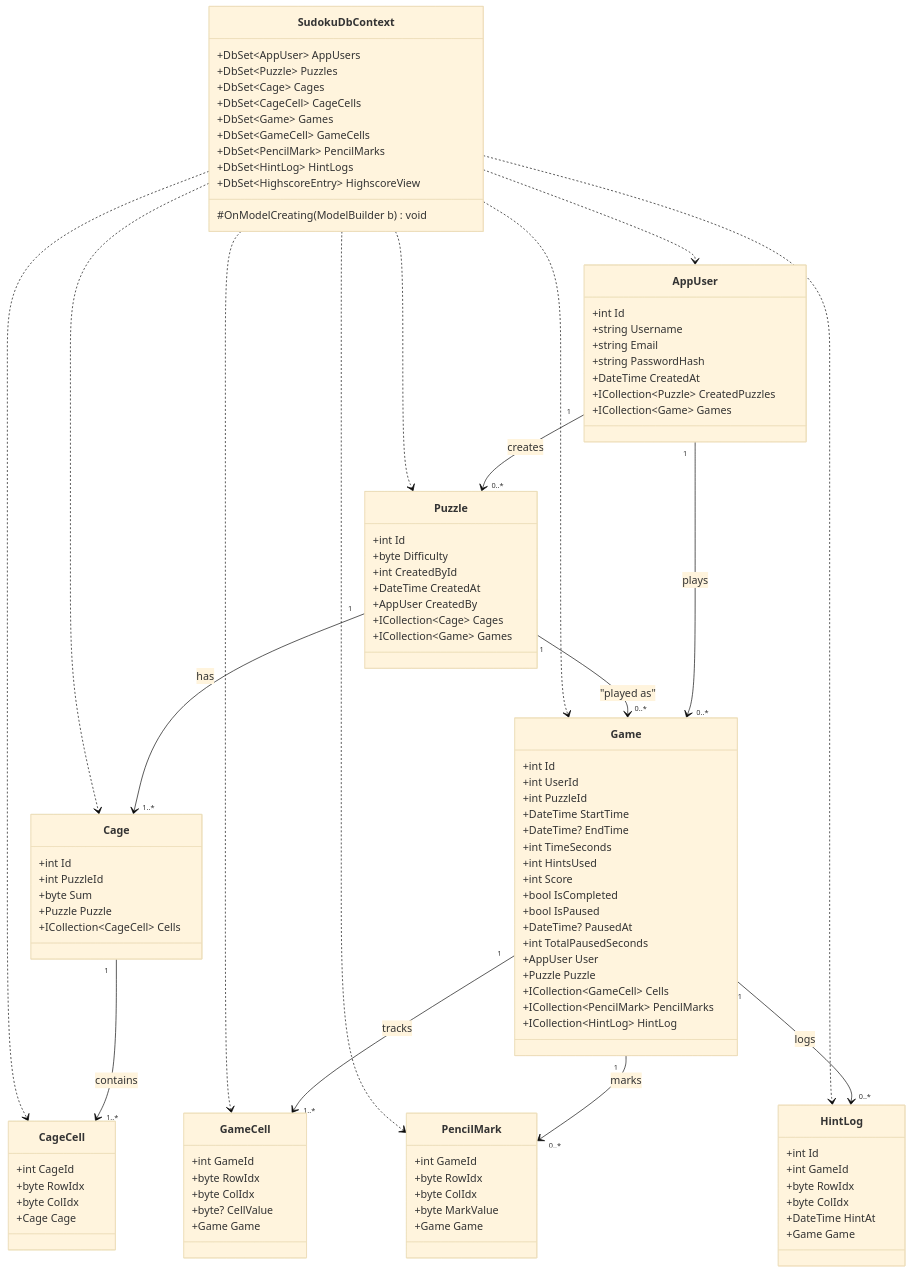
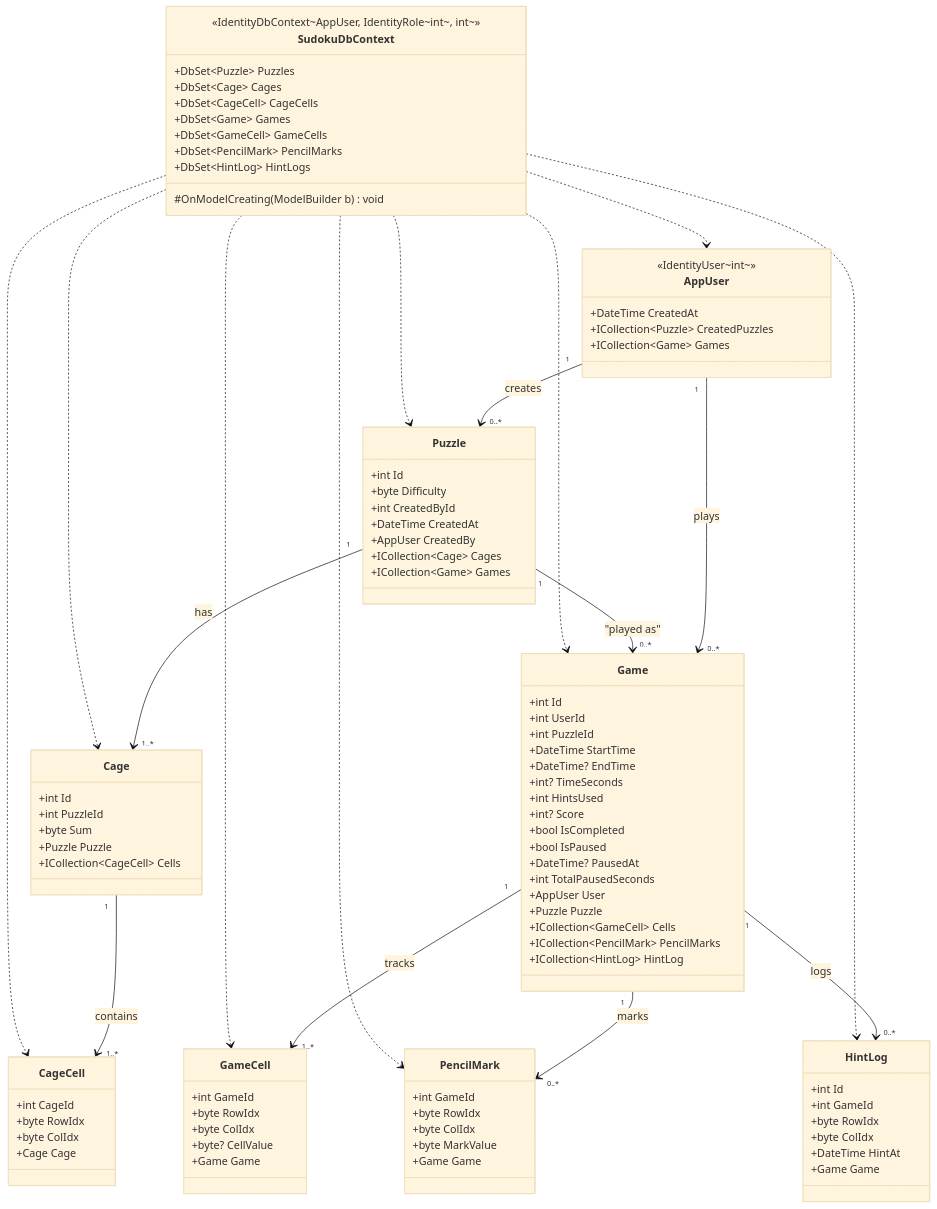
One commit to Tim-Fischer-zh/skillsbattle changed the fifth of 7 diagrams in docs/class-diagram.md. Above: the diagram before and after it, drawn with Mermaid (base theme). The commit also changed other lines of this file and 8 other files, not shown here.

```diff
--- a/docs/class-diagram.md
+++ b/docs/class-diagram.md
@@ -568,7 +536,7 @@
     direction TB
 
     class SudokuDbContext {
-        +DbSet~AppUser~ AppUsers
+        <<IdentityDbContext~AppUser, IdentityRole~int~, int~>>
         +DbSet~Puzzle~ Puzzles
         +DbSet~Cage~ Cages
         +DbSet~CageCell~ CageCells
@@ -576,15 +544,11 @@
         +DbSet~GameCell~ GameCells
         +DbSet~PencilMark~ PencilMarks
         +DbSet~HintLog~ HintLogs
-        +DbSet~HighscoreEntry~ HighscoreView
         #OnModelCreating(ModelBuilder b) void
     }
 
     class AppUser {
-        +int Id
-        +string Username
-        +string Email
-        +string PasswordHash
+        <<IdentityUser~int~>>
         +DateTime CreatedAt
         +ICollection~Puzzle~ CreatedPuzzles
         +ICollection~Game~ Games
@@ -617,9 +581,9 @@
         +int PuzzleId
         +DateTime StartTime
         +DateTime? EndTime
-        +int TimeSeconds
+        +int? TimeSeconds
         +int HintsUsed
-        +int Score
+        +int? Score
         +bool IsCompleted
         +bool IsPaused
         +DateTime? PausedAt
```
